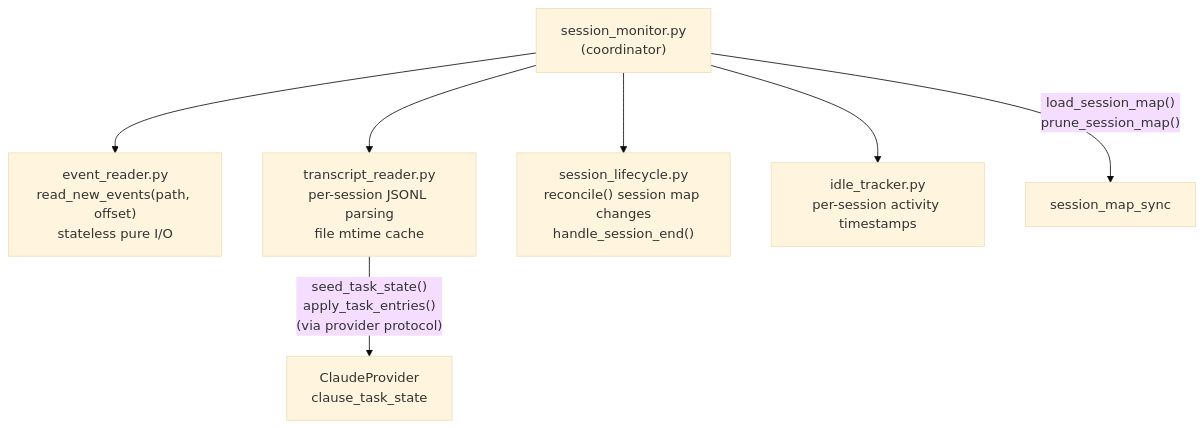
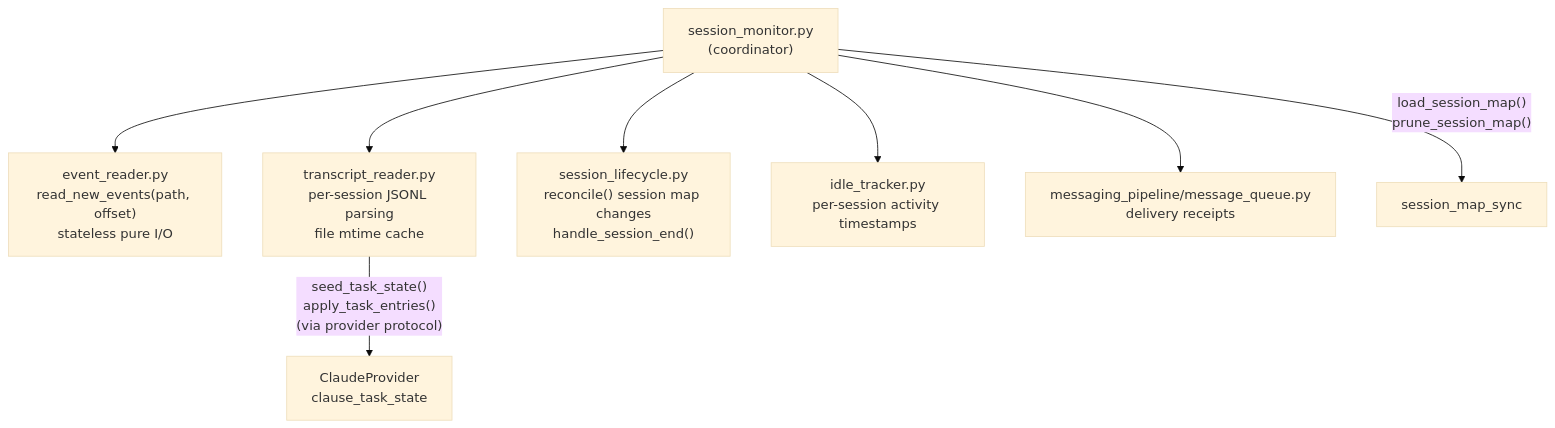
The eighth of 8 diagrams in docs/architecture.md (alexei-led/ccgram), drawn with Mermaid (base theme) before and after one commit. The commit also changed other lines of this file and 3 other files, not shown here.

````diff
--- a/docs/architecture.md
+++ b/docs/architecture.md
@@ -284,13 +284,14 @@
 ```mermaid
 graph TB
     SM2["session_monitor.py<br>(coordinator)"]
 
     SM2 --> ER["event_reader.py<br>read_new_events(path, offset)<br>stateless pure I/O"]
     SM2 --> TR2["transcript_reader.py<br>per-session JSONL parsing<br>file mtime cache"]
     SM2 --> SL["session_lifecycle.py<br>reconcile() session map changes<br>handle_session_end()"]
     SM2 --> IT["idle_tracker.py<br>per-session activity timestamps"]
+    SM2 --> MQ["messaging_pipeline/message_queue.py<br>delivery receipts"]
 
     TR2 -- "seed_task_state()<br>apply_task_entries()<br>(via provider protocol)" --> Claude2["ClaudeProvider<br>clause_task_state"]
 
     SM2 -- "load_session_map()<br>prune_session_map()" --> SMS2["session_map_sync"]
 ```
````
